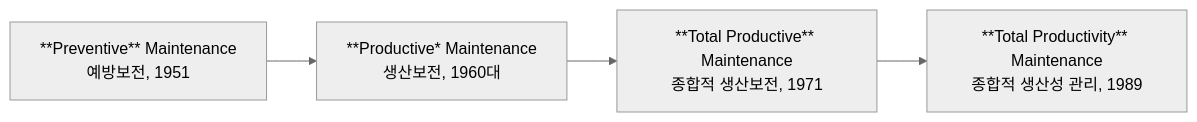
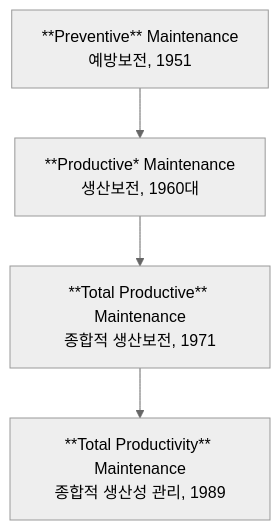
One commit to yeonkyupark/pepc2e changed the first of 5 diagrams in 0602설비보전관리.qmd. Above: the diagram before and after it, drawn with Mermaid (neutral theme). The commit also changed other lines of this file, not shown here.

````diff
--- a/0602설비보전관리.qmd
+++ b/0602설비보전관리.qmd
@@ -10,9 +10,9 @@
 ```{mermaid}
-flowchart LR
+flowchart TD
 1["**Preventive** Maintenance<br>예방보전, 1951"]
 2["**Productive* Maintenance<br>생산보전, 1960대"]
 3["**Total Productive** Maintenance<br>종합적 생산보전, 1971"]
 4["**Total Productivity** Maintenance<br>종합적 생산성 관리, 1989"]
 
 1 --> 2 --> 3 --> 4
 ```
````
